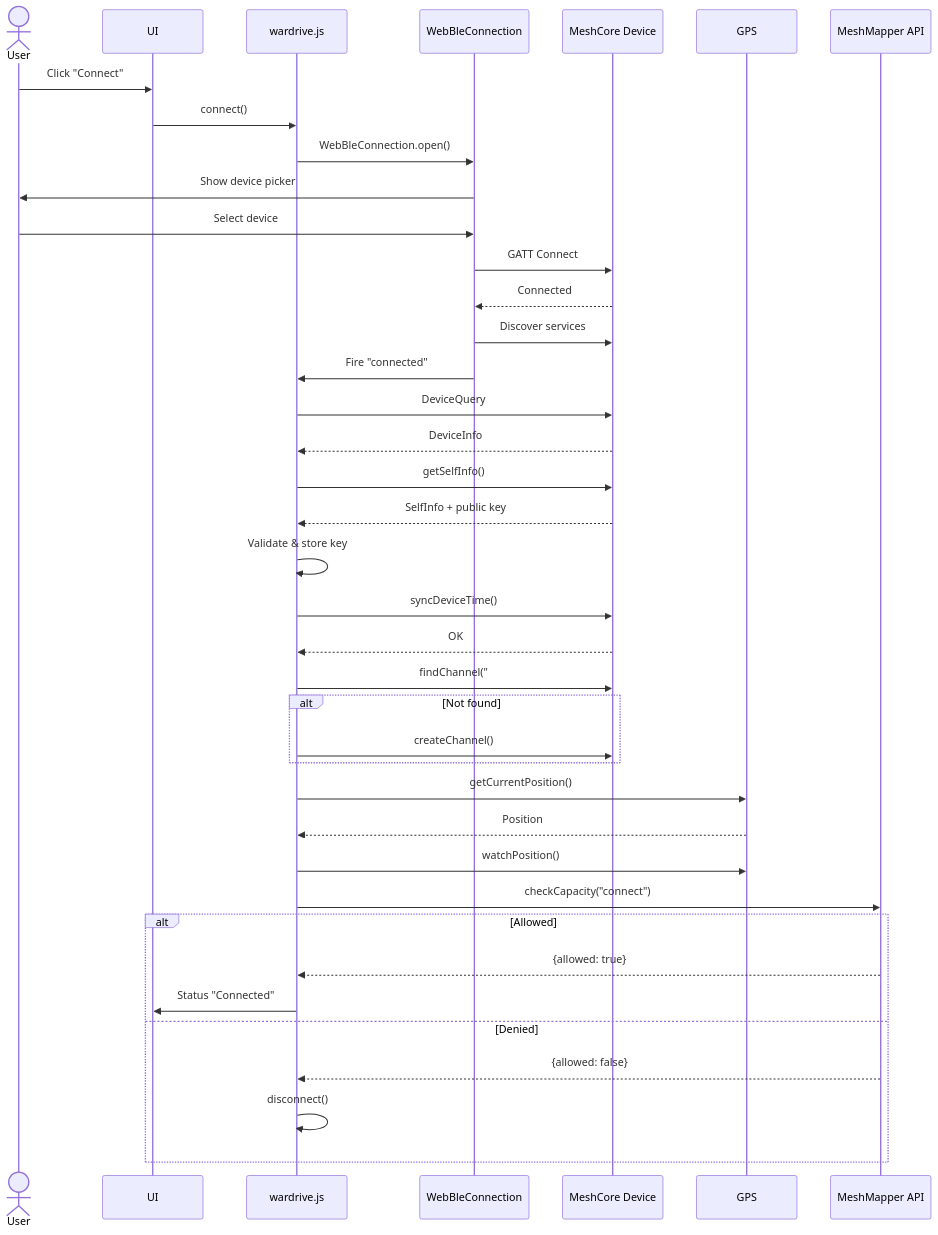
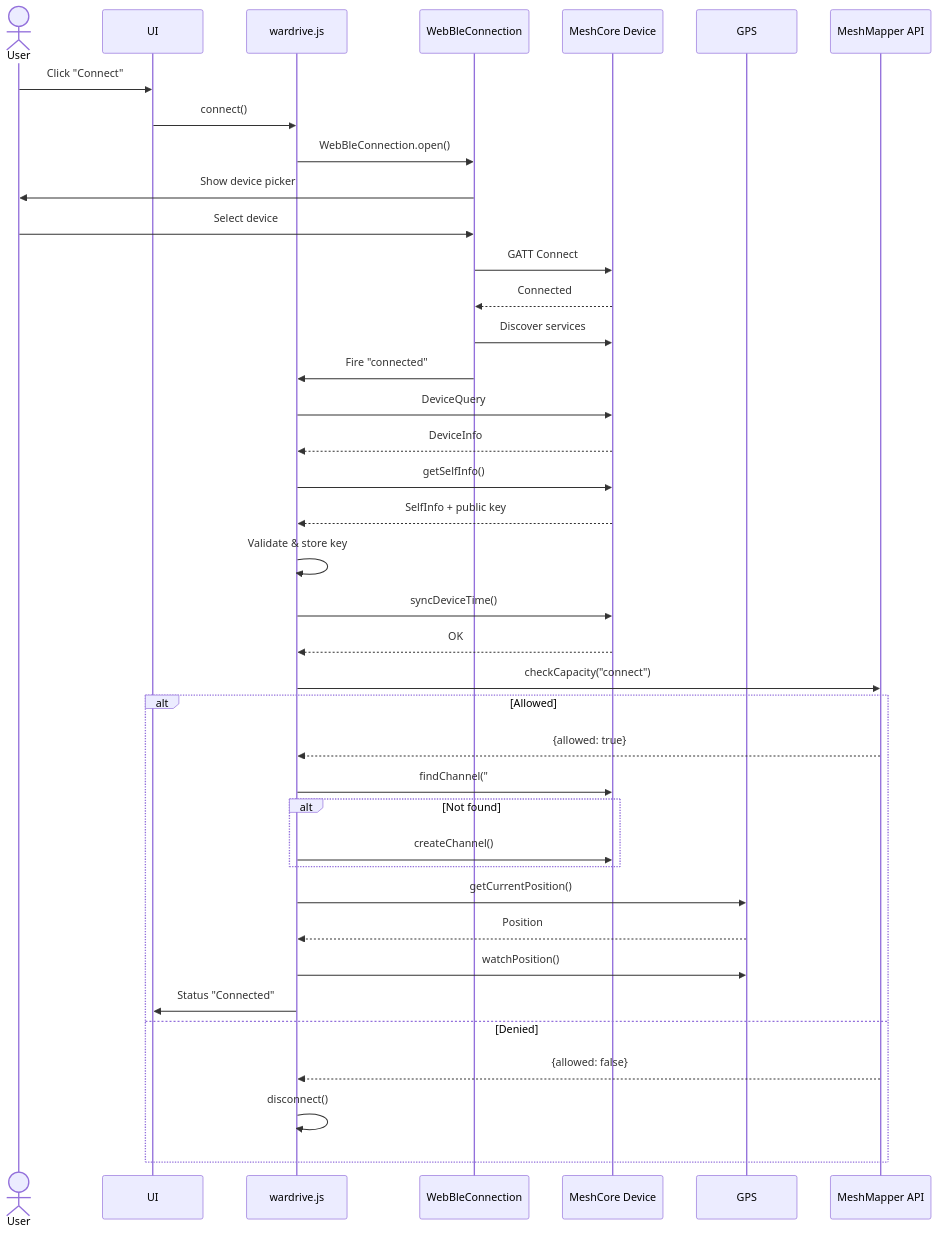
Before and after one commit to MrAlders0n/MeshCore-GOME-WarDriver: the first of 3 diagrams in docs/CONNECTION_WORKFLOW.md, drawn with Mermaid. The commit also changed other lines of this file and 1 other file, not shown here.

Commit message:
Reorder connection flow: move capacity check before channel setup and GPS init

````diff
--- a/docs/CONNECTION_WORKFLOW.md
+++ b/docs/CONNECTION_WORKFLOW.md
@@ -244,48 +244,46 @@
 ```mermaid
 sequenceDiagram
     actor User
     participant UI
     participant App as wardrive.js
     participant BLE as WebBleConnection
     participant Device as MeshCore Device
     participant GPS
     participant API as MeshMapper API
 
     User->>UI: Click "Connect"
     UI->>App: connect()
     App->>BLE: WebBleConnection.open()
     BLE->>User: Show device picker
     User->>BLE: Select device
     BLE->>Device: GATT Connect
     Device-->>BLE: Connected
     BLE->>Device: Discover services
     BLE->>App: Fire "connected"
     
     App->>Device: DeviceQuery
     Device-->>App: DeviceInfo
     
     App->>Device: getSelfInfo()
     Device-->>App: SelfInfo + public key
     App->>App: Validate & store key
     
     App->>Device: syncDeviceTime()
     Device-->>App: OK
     
-    App->>Device: findChannel("#wardriving")
-    alt Not found
-        App->>Device: createChannel()
-    end
-    
-    App->>GPS: getCurrentPosition()
-    GPS-->>App: Position
-    App->>GPS: watchPosition()
-    
     App->>API: checkCapacity("connect")
     alt Allowed
         API-->>App: {allowed: true}
+        App->>Device: findChannel("#wardriving")
+        alt Not found
+            App->>Device: createChannel()
+        end
+        App->>GPS: getCurrentPosition()
+        GPS-->>App: Position
+        App->>GPS: watchPosition()
         App->>UI: Status "Connected"
     else Denied
         API-->>App: {allowed: false}
         App->>App: disconnect()
     end
 ```
````
